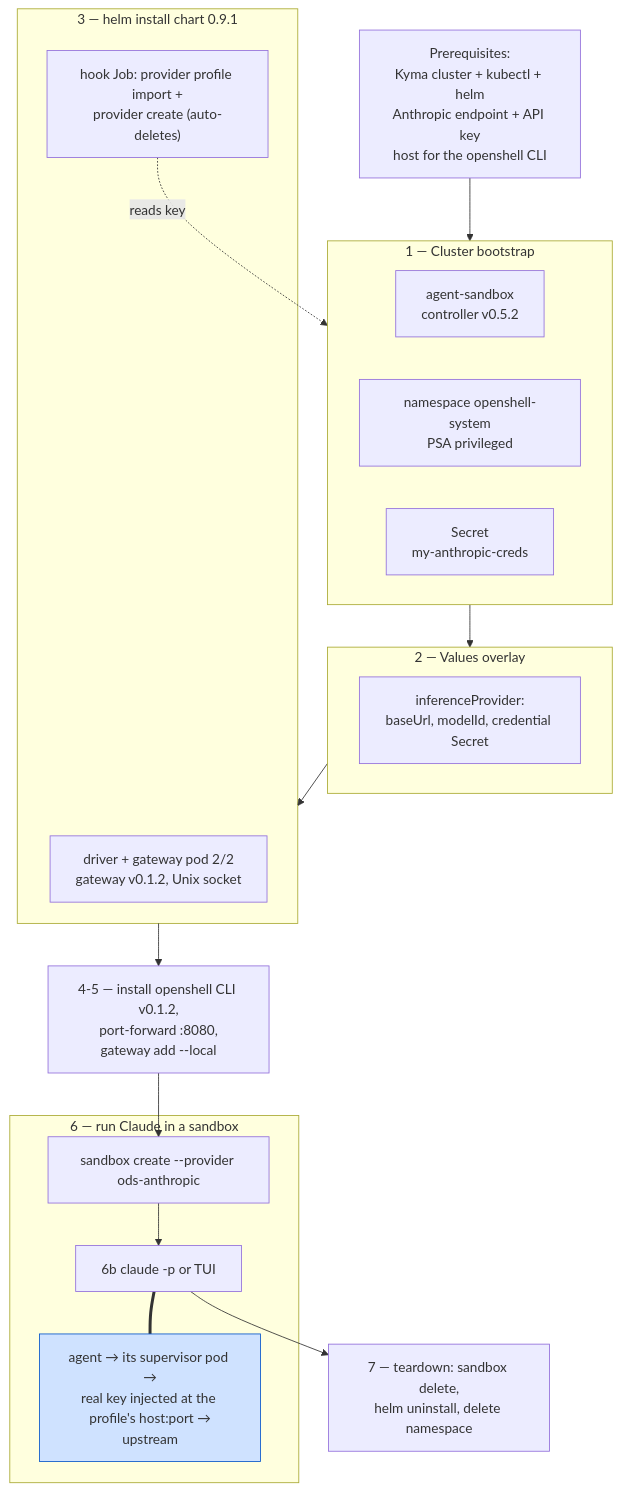
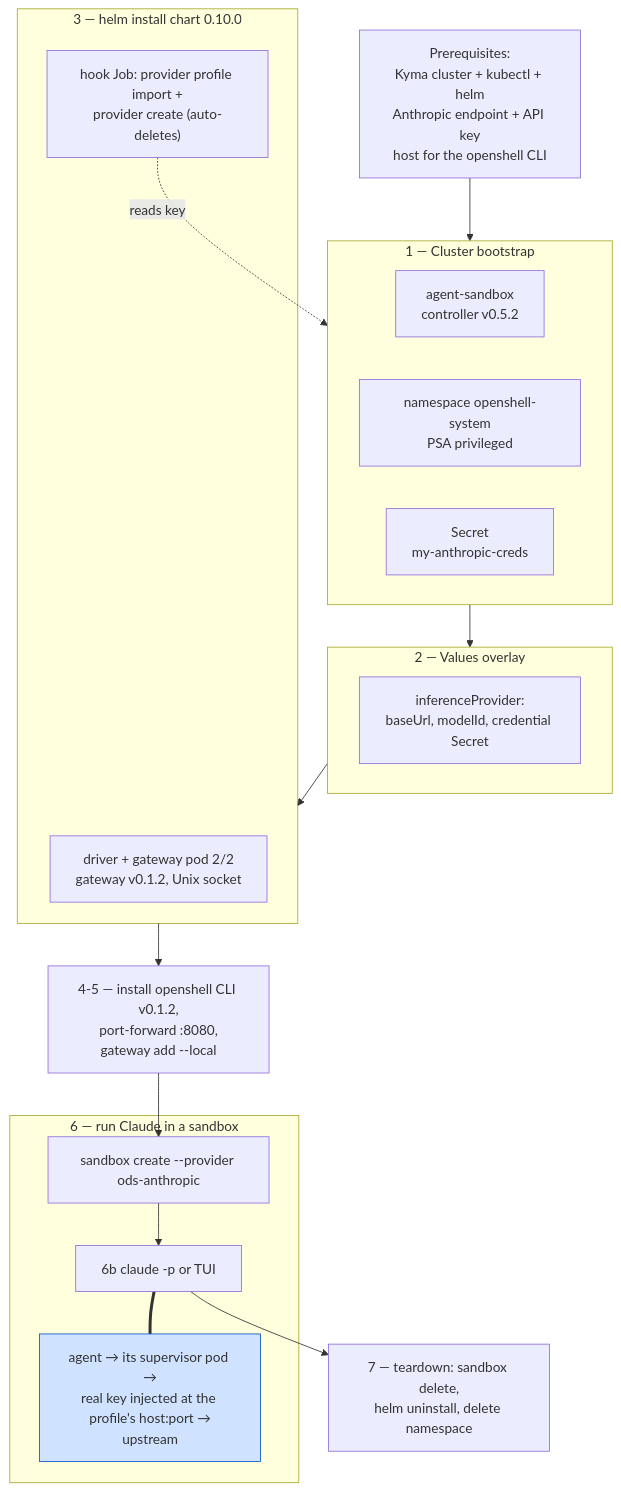
Before and after one commit to st-gr/openshell-driver-kyma: the diagram in docs/tutorial-anthropic-direct.md, drawn with Mermaid. The commit also changed other lines of this file and 41 other files, not shown here.

````diff
--- a/docs/tutorial-anthropic-direct.md
+++ b/docs/tutorial-anthropic-direct.md
@@ -8,42 +8,42 @@
 ```mermaid
 flowchart TB
     P["Prerequisites:<br/>Kyma cluster + kubectl + helm<br/>Anthropic endpoint + API key<br/>host for the openshell CLI"]
 
     subgraph S1["1 — Cluster bootstrap"]
         direction LR
         C1["agent-sandbox<br/>controller v0.5.2"]
         C2["namespace openshell-system<br/>PSA privileged"]
         C3["Secret<br/>my-anthropic-creds"]
     end
 
     subgraph S2["2 — Values overlay"]
         V["inferenceProvider:<br/>baseUrl, modelId, credential Secret"]
     end
 
-    subgraph S3["3 — helm install chart 0.9.1"]
+    subgraph S3["3 — helm install chart 0.10.0"]
         POD["driver + gateway pod 2/2<br/>gateway v0.1.2, Unix socket"]
         HOOK["hook Job: provider profile import +<br/>provider create (auto-deletes)"]
     end
 
     S45["4-5 — install openshell CLI v0.1.2,<br/>port-forward :8080,<br/>gateway add --local"]
 
     subgraph S6["6 — run Claude in a sandbox"]
         CREATE["sandbox create --provider ods-anthropic"]
         RUN["6b claude -p or TUI"]
         PATH["agent → its supervisor pod →<br/>real key injected at the profile's host:port →<br/>upstream"]
     end
 
     S7["7 — teardown: sandbox delete,<br/>helm uninstall, delete namespace"]
 
     P --> S1
     S1 --> S2
     S2 --> S3
     HOOK -.reads key.-> C3
     S3 --> S45
     S45 --> CREATE
     CREATE --> RUN
     RUN === PATH
     RUN --> S7
 
     style PATH fill:#cfe2ff,stroke:#0a58ca
 ```
````
